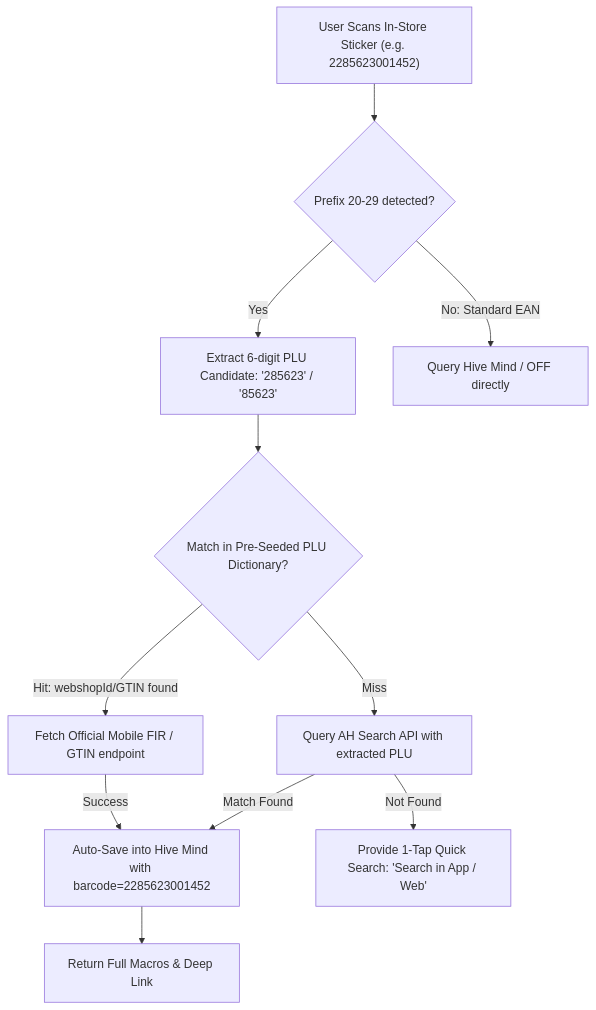
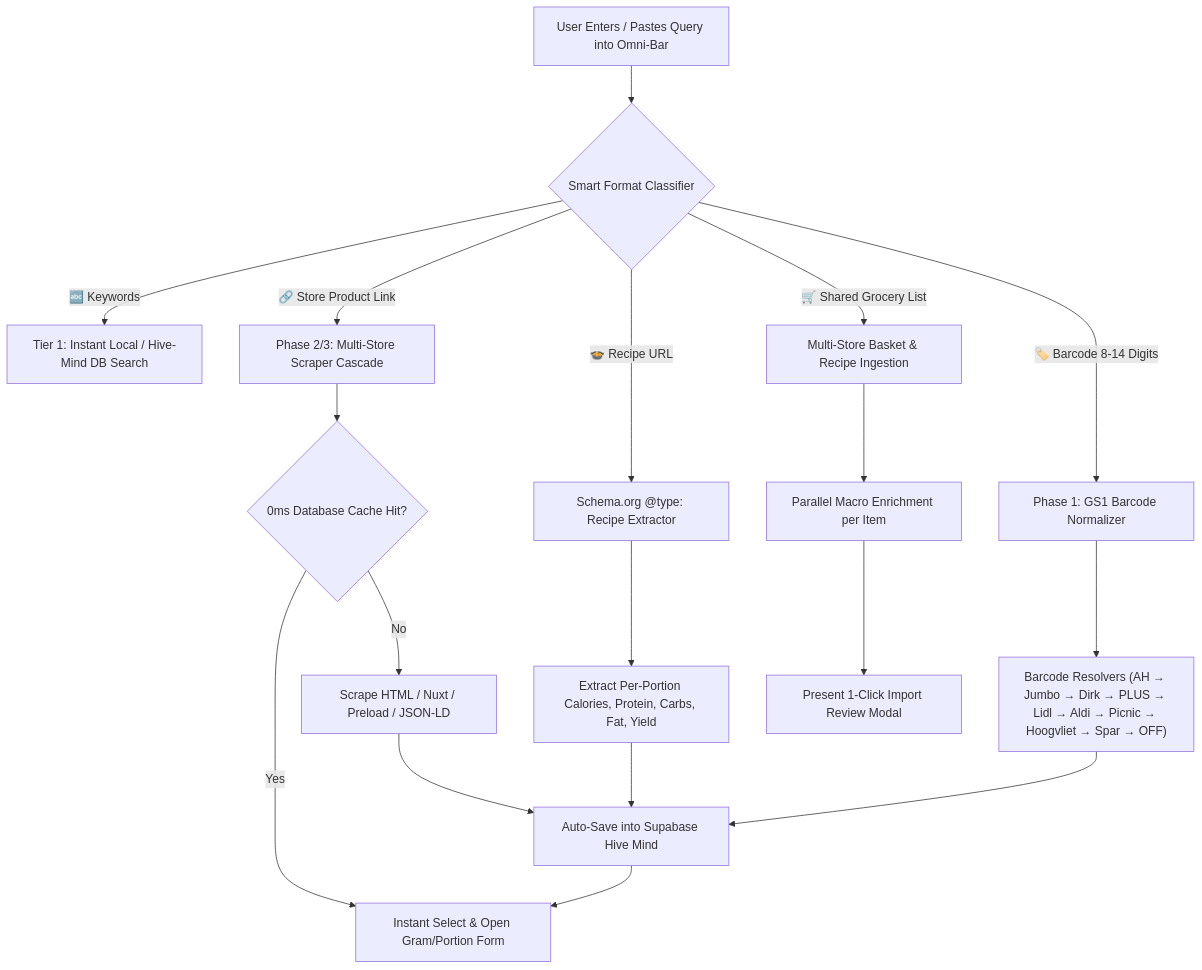
The diagram in docs/architecture/BARCODE_RESOLUTION_ARCHITECTURE.md (angelo-ecosoftware/workout-tracker), drawn with Mermaid before and after one commit. The commit also changed other lines of this file and 8 other files, not shown here.

Commit message:
fix(dietary): route gedeelde-lijst to shared list importer and add Picnic/Hoogvliet/Spar scrapers

````diff
--- a/docs/architecture/BARCODE_RESOLUTION_ARCHITECTURE.md
+++ b/docs/architecture/BARCODE_RESOLUTION_ARCHITECTURE.md
@@ -31,14 +9,19 @@
 ```mermaid
 flowchart TD
-    Scan["User Scans In-Store Sticker (e.g. 2285623001452)"] --> Detect{"Prefix 20-29 detected?"}
-    Detect -->|Yes| Extract["Extract 6-digit PLU Candidate: '285623' / '85623'"]
-    Detect -->|No: Standard EAN| T1["Query Hive Mind / OFF directly"]
+    Input["User Enters / Pastes Query into Omni-Bar"] --> Detect{"Smart Format Classifier"}
     
-    Extract --> MatchDict{"Match in Pre-Seeded PLU Dictionary?"}
-    MatchDict -->|Hit: webshopId/GTIN found| MobileFIR["Fetch Official Mobile FIR / GTIN endpoint"]
-    MatchDict -->|Miss| SearchStore["Query AH Search API with extracted PLU"]
-    
-    MobileFIR -->|Success| SaveAlias["Auto-Save into Hive Mind with barcode=2285623001452"] --> Resolve["Return Full Macros & Deep Link"]
-    SearchStore -->|Match Found| SaveAlias
-    SearchStore -->|Not Found| QuickSearch["Provide 1-Tap Quick Search: 'Search in App / Web'"]
+    Detect -->|🔤 Keywords| SearchDB["Tier 1: Instant Local / Hive-Mind DB Search"]
+    Detect -->|🏷️ Barcode 8-14 Digits| Norm["Phase 1: GS1 Barcode Normalizer"]
+    Detect -->|🔗 Store Product Link| StoreRes["Phase 2/3: Multi-Store Scraper Cascade"]
+    Detect -->|🍲 Recipe URL| RecipeRes["Schema.org @type: Recipe Extractor"]
+    Detect -->|🛒 Shared Grocery List| ListRes["Multi-Store Basket & Recipe Ingestion"]
+
+    Norm --> BarcodeCascade["Barcode Resolvers (AH → Jumbo → Dirk → PLUS → Lidl → Aldi → Picnic → Hoogvliet → Spar → OFF)"]
+    StoreRes --> CacheCheck{"0ms Database Cache Hit?"}
+    CacheCheck -->|Yes| InstantSelect["Instant Select & Open Gram/Portion Form"]
+    CacheCheck -->|No| ScrapeNet["Scrape HTML / Nuxt / Preload / JSON-LD"] --> HiveMind["Auto-Save into Supabase Hive Mind"] --> InstantSelect
+
+    RecipeRes --> ParseRecipe["Extract Per-Portion Calories, Protein, Carbs, Fat, Yield"] --> HiveMind
+    ListRes --> BatchEnrich["Parallel Macro Enrichment per Item"] --> ReviewModal["Present 1-Click Import Review Modal"]
+    BarcodeCascade --> HiveMind
 ```
````
